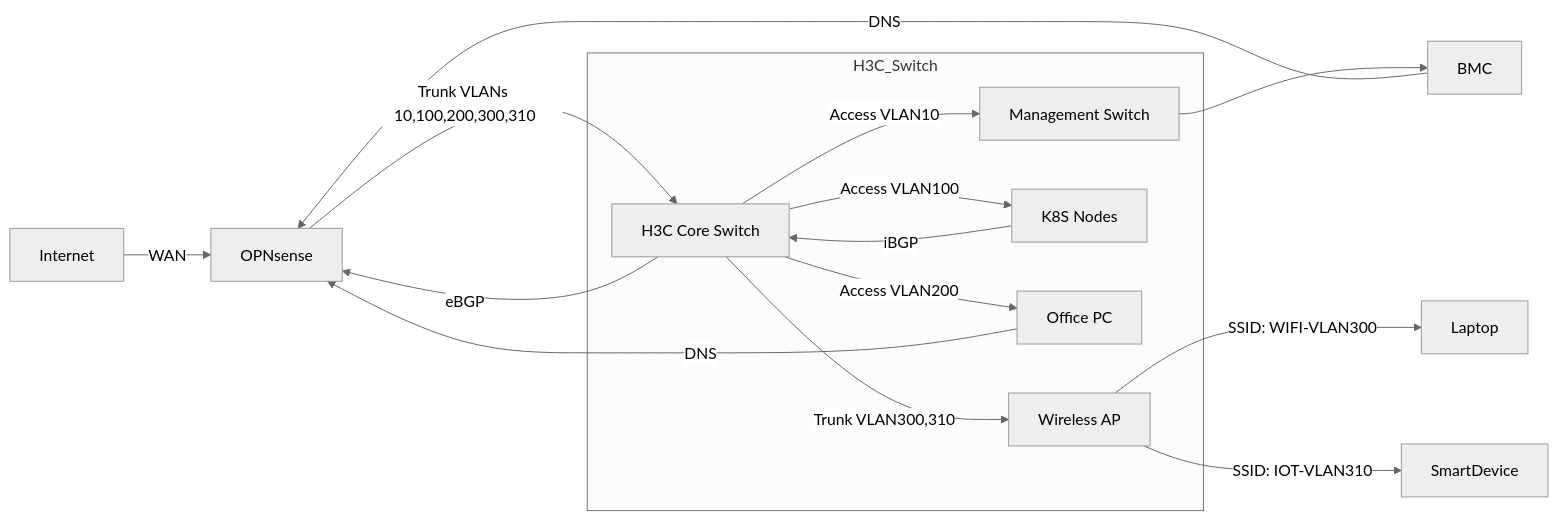
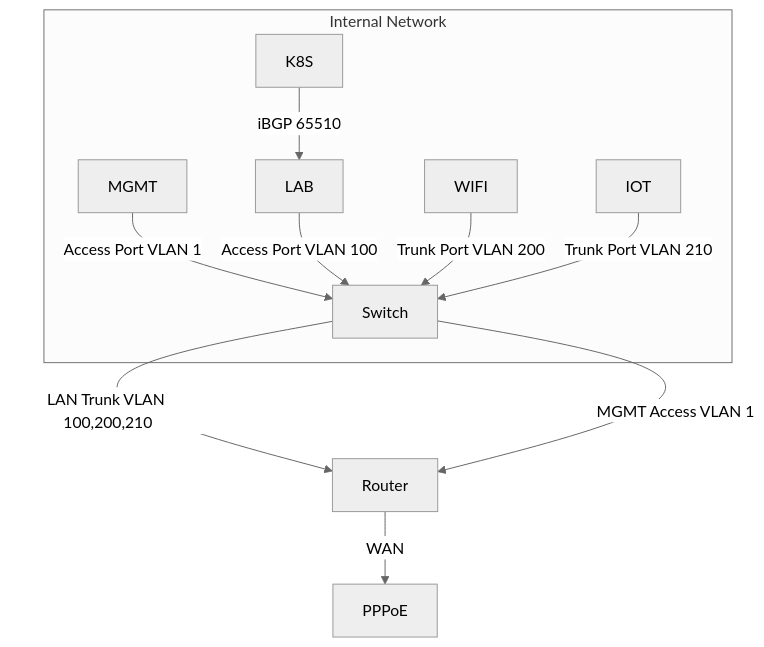
Before and after one commit to soulwhisper/homelab-ops: the diagram in infrastructure/switch/README.md, drawn with Mermaid (neutral theme). The commit also changed other lines of this file and 4 other files, not shown here.

````diff
--- a/infrastructure/switch/README.md
+++ b/infrastructure/switch/README.md
@@ -3,20 +3,13 @@
 ```mermaid
-graph LR
-  Internet[Internet] -->|WAN| OPNsense
-  OPNsense -->|Trunk VLANs 10,100,200,300,310| H3C[H3C Core Switch]
-
-  subgraph H3C_Switch
-	H3C -->|Access VLAN10| MGMT[Management Switch]
-    H3C -->|Access VLAN100| LAB[K8S Nodes]
-    H3C -->|Access VLAN200| LAN[Office PC]
-    H3C -->|Trunk VLAN300,310| AP[Wireless AP]
+graph TD
+  Router -->|WAN| PPPoE
+  Switch -->|LAN Trunk VLAN 100,200,210| Router
+  Switch -->|MGMT Access VLAN 1| Router
+  subgraph Internal Network
+	MGMT -->|Access Port VLAN 1| Switch
+	LAB -->|Access Port VLAN 100| Switch
+	WIFI -->|Trunk Port VLAN 200| Switch
+	IOT -->|Trunk Port VLAN 210| Switch
+	K8S -->|iBGP 65510| LAB
   end
-
-  AP -->|SSID: WIFI-VLAN300| Laptop
-  AP -->|SSID: IOT-VLAN310| SmartDevice
-  MGMT --> BMC
-  BMC -->|DNS| OPNsense
-  LAN -->|DNS| OPNsense
-  LAB -->|iBGP| H3C
-  H3C -->|eBGP| OPNsense
 ```
````
